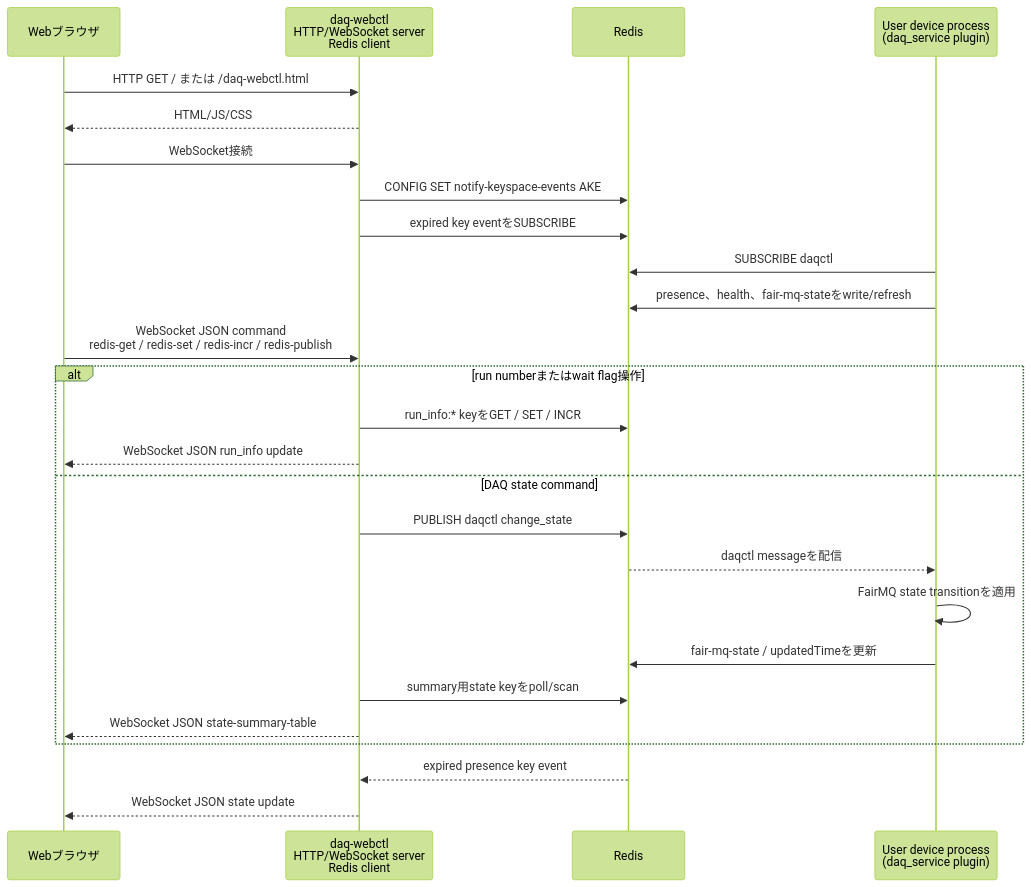
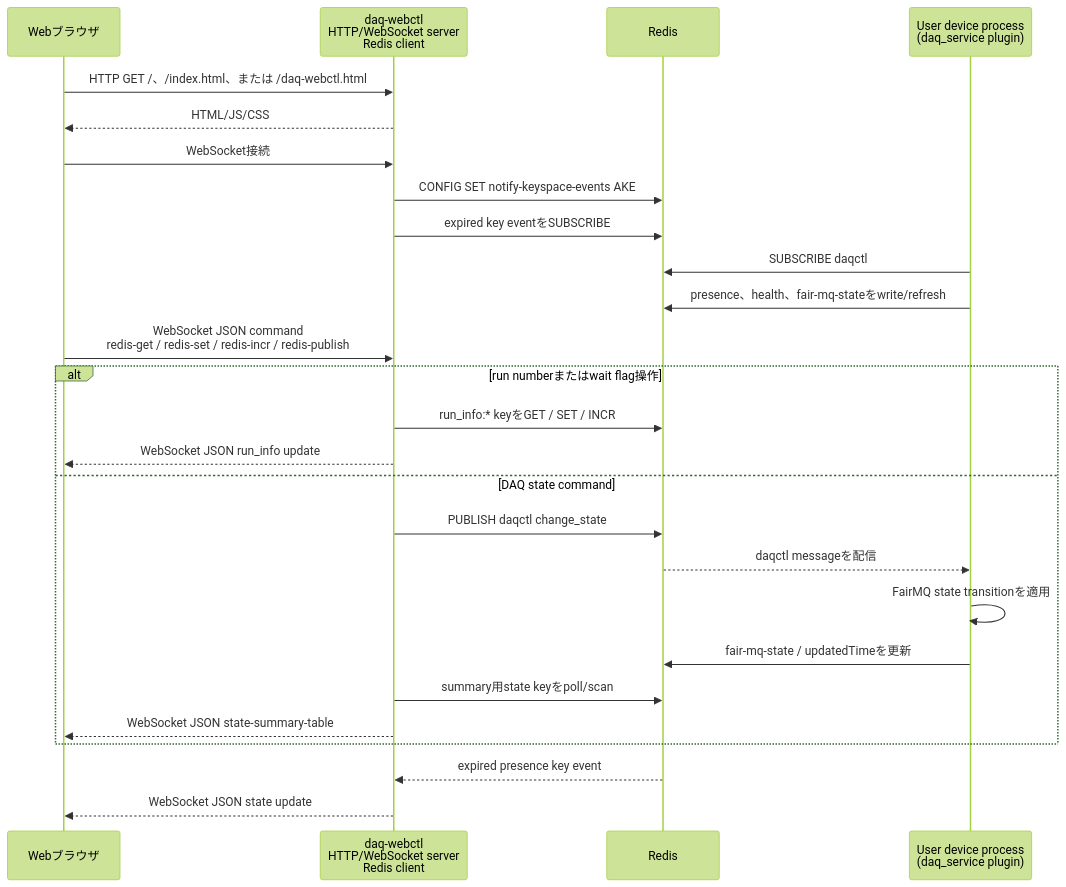
One commit to tntakahashi/nestdaq changed the diagram in controller/README.ja.md. Above: the diagram before and after it, drawn with Mermaid (forest theme). The commit also changed other lines of this file and 1 other file, not shown here.

Commit message:
docs: clarify daq-webctl usage and logging options

````diff
--- a/controller/README.ja.md
+++ b/controller/README.ja.md
@@ -59,29 +59,29 @@
 ```mermaid
 sequenceDiagram
   participant Browser as Webブラウザ
   participant WebCtl as daq-webctl<br/>HTTP/WebSocket server<br/>Redis client
   participant Redis as Redis
   participant Device as User device process<br/>(daq_service plugin)
 
-  Browser->>WebCtl: HTTP GET / または /daq-webctl.html
+  Browser->>WebCtl: HTTP GET /、/index.html、または /daq-webctl.html
   WebCtl-->>Browser: HTML/JS/CSS
   Browser->>WebCtl: WebSocket接続
   WebCtl->>Redis: CONFIG SET notify-keyspace-events AKE
   WebCtl->>Redis: expired key eventをSUBSCRIBE
   Device->>Redis: SUBSCRIBE daqctl
   Device->>Redis: presence、health、fair-mq-stateをwrite/refresh
   Browser->>WebCtl: WebSocket JSON command<br/>redis-get / redis-set / redis-incr / redis-publish
   alt run numberまたはwait flag操作
     WebCtl->>Redis: run_info:* keyをGET / SET / INCR
     WebCtl-->>Browser: WebSocket JSON run_info update
   else DAQ state command
     WebCtl->>Redis: PUBLISH daqctl change_state
     Redis-->>Device: daqctl messageを配信
     Device->>Device: FairMQ state transitionを適用
     Device->>Redis: fair-mq-state / updatedTimeを更新
     WebCtl->>Redis: summary用state keyをpoll/scan
     WebCtl-->>Browser: WebSocket JSON state-summary-table
   end
   Redis-->>WebCtl: expired presence key event
   WebCtl-->>Browser: WebSocket JSON state update
 ```
````
